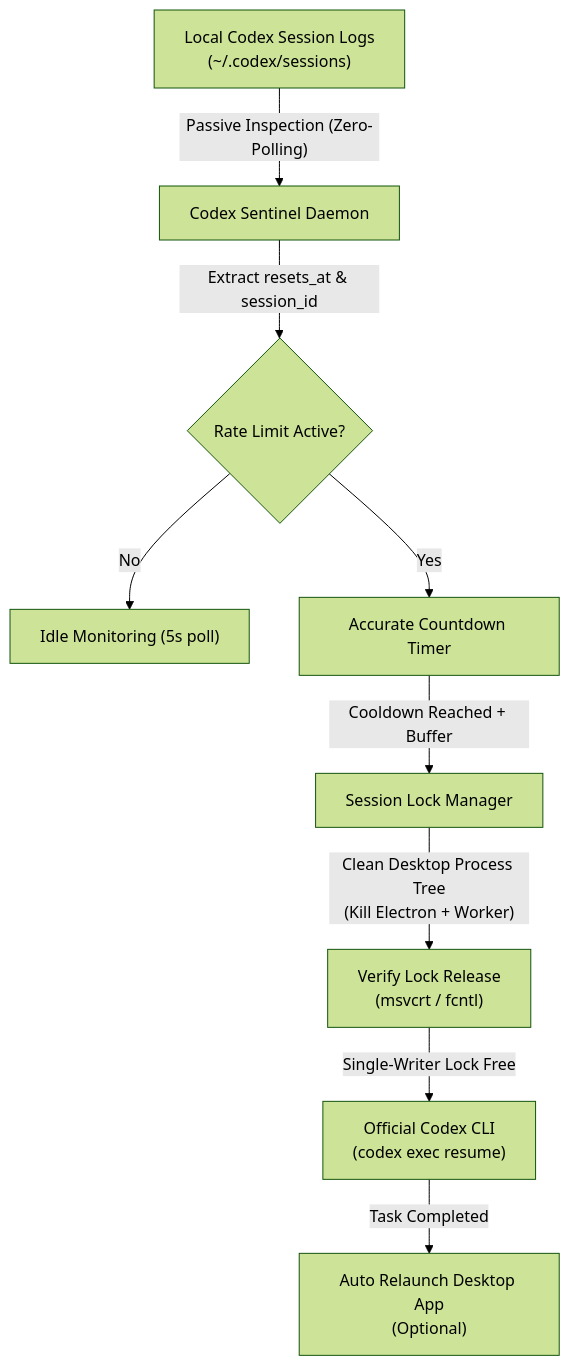
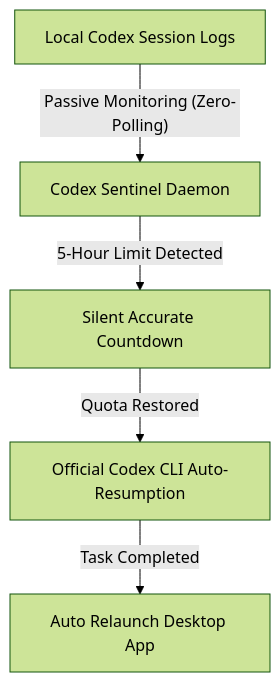
Before and after one commit to iss-hui/codex-sentinel: the diagram in README.md, drawn with Mermaid (forest theme). The commit also changed other lines of this file and 1 other file, not shown here.

Commit message:
docs: streamline README to focus on 5-hour rate limit resolution without excessive technical lock jargon

````diff
--- a/README.md
+++ b/README.md
@@ -33,11 +27,7 @@
 ```mermaid
 flowchart TD
-    A["Local Codex Session Logs<br/>(~/.codex/sessions)"] -->|"Passive Inspection (Zero-Polling)"| B["Codex Sentinel Daemon"]
-    B -->|"Extract resets_at & session_id"| C{"Rate Limit Active?"}
-    C -->|"No"| D["Idle Monitoring (5s poll)"]
-    C -->|"Yes"| E["Accurate Countdown Timer"]
-    E -->|"Cooldown Reached + Buffer"| F["Session Lock Manager"]
-    F -->|"Clean Desktop Process Tree<br/>(Kill Electron + Worker)"| G["Verify Lock Release<br/>(msvcrt / fcntl)"]
-    G -->|"Single-Writer Lock Free"| H["Official Codex CLI<br/>(codex exec resume)"]
-    H -->|"Task Completed"| I["Auto Relaunch Desktop App<br/>(Optional)"]
+    A["Local Codex Session Logs"] -->|"Passive Monitoring (Zero-Polling)"| B["Codex Sentinel Daemon"]
+    B -->|"5-Hour Limit Detected"| C["Silent Accurate Countdown"]
+    C -->|"Quota Restored"| D["Official Codex CLI Auto-Resumption"]
+    D -->|"Task Completed"| E["Auto Relaunch Desktop App"]
 ```
````
